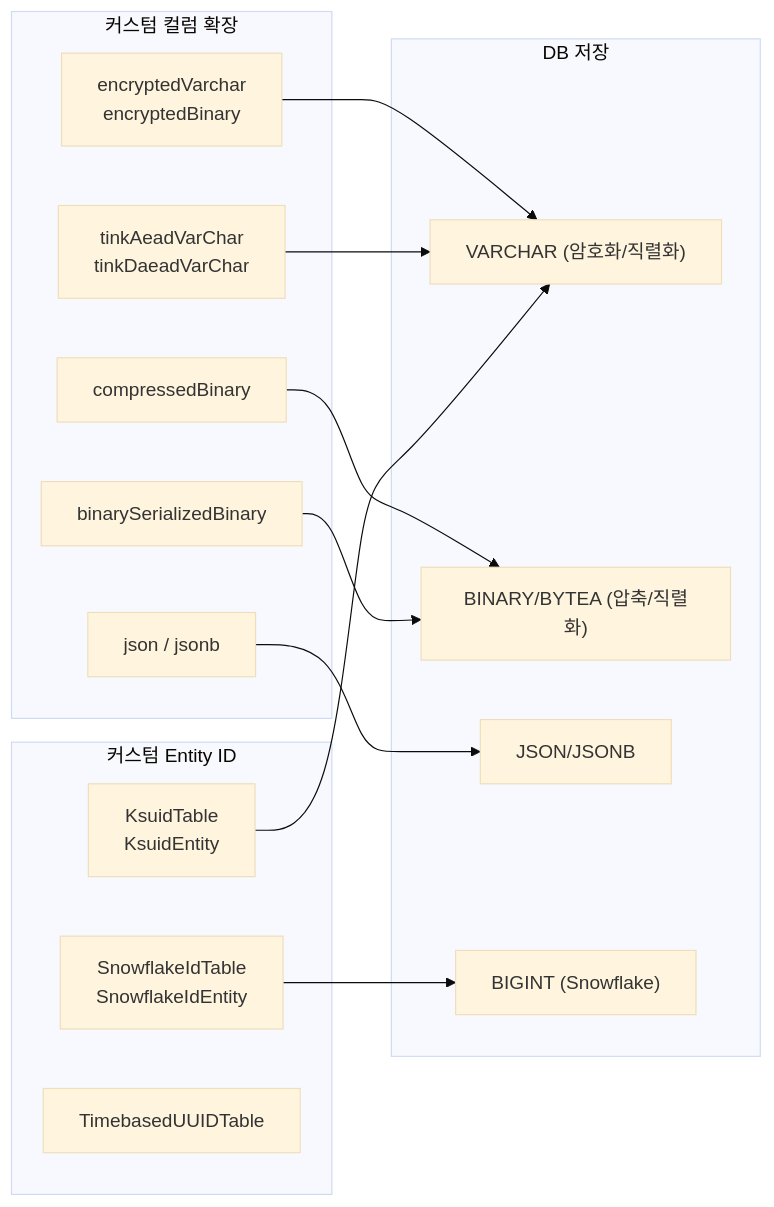
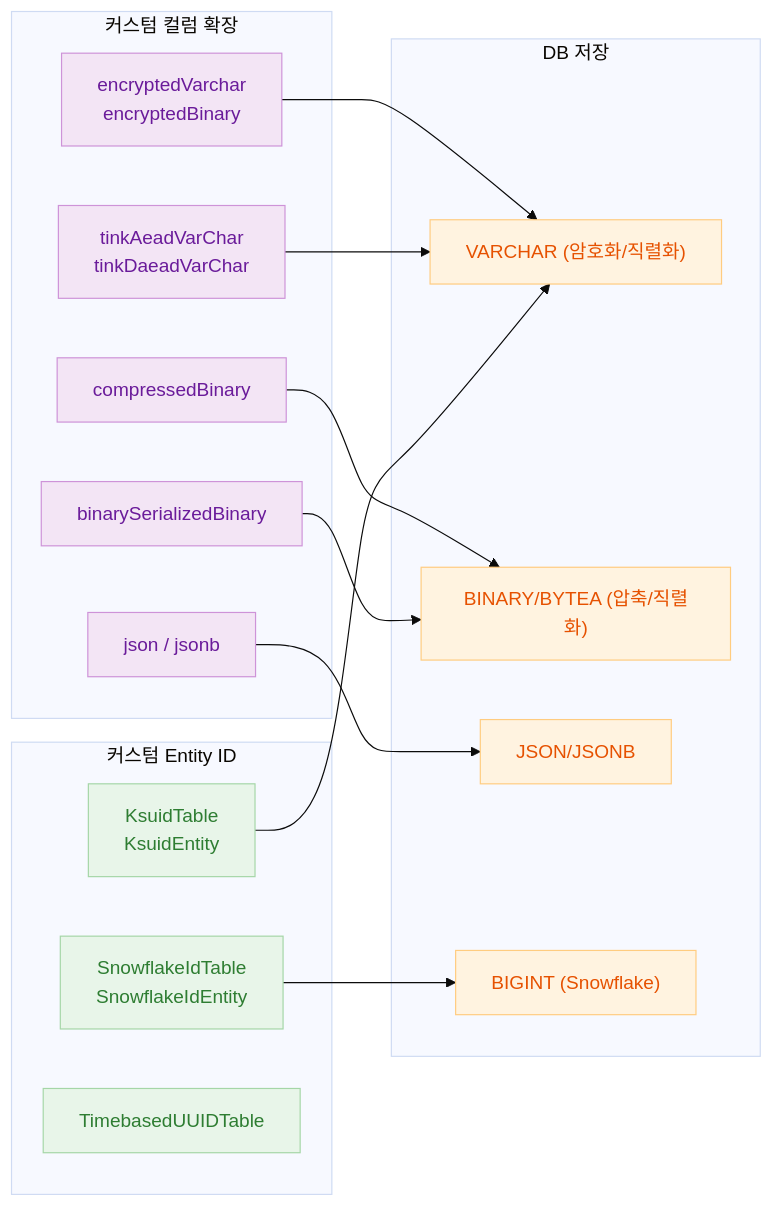
The first of 2 diagrams in 06-advanced/README.md (bluetape4k/exposed-workshop), drawn with Mermaid (base theme) before and after one commit. The commit also changed other lines of this file and 56 other files, not shown here.

First line of the commit message:
docs: 전체 README mermaid 다이어그램에 파스텔 톤 색상 적용

````diff
--- a/06-advanced/README.md
+++ b/06-advanced/README.md
@@ -34,29 +34,37 @@
 ```mermaid
 flowchart LR
     subgraph Column["커스텀 컬럼 확장"]
         CRYPT["encryptedVarchar\nencryptedBinary"]
         TINK["tinkAeadVarChar\ntinkDaeadVarChar"]
         JSON["json / jsonb"]
         COMP["compressedBinary"]
         SER["binarySerializedBinary"]
     end
 
     subgraph Entity["커스텀 Entity ID"]
         KSUID["KsuidTable\nKsuidEntity"]
         SNOW["SnowflakeIdTable\nSnowflakeIdEntity"]
         UUID["TimebasedUUIDTable"]
     end
 
     subgraph Storage["DB 저장"]
         VARCHAR["VARCHAR (암호화/직렬화)"]
         BINARY["BINARY/BYTEA (압축/직렬화)"]
         JSONTYPE["JSON/JSONB"]
         BIGINT["BIGINT (Snowflake)"]
     end
 
     CRYPT & TINK --> VARCHAR
     COMP & SER --> BINARY
     JSON --> JSONTYPE
     KSUID --> VARCHAR
     SNOW --> BIGINT
+
+    classDef purple fill:#F3E5F5,stroke:#CE93D8,color:#6A1B9A
+    classDef green fill:#E8F5E9,stroke:#A5D6A7,color:#2E7D32
+    classDef orange fill:#FFF3E0,stroke:#FFCC80,color:#E65100
+
+    class CRYPT,TINK,JSON,COMP,SER purple
+    class KSUID,SNOW,UUID green
+    class VARCHAR,BINARY,JSONTYPE,BIGINT orange
 ```
````
